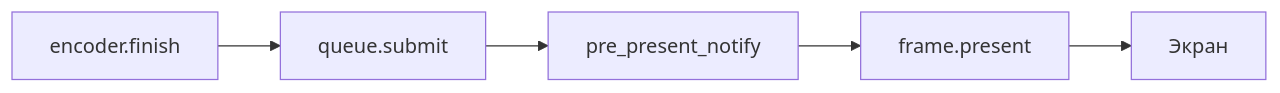
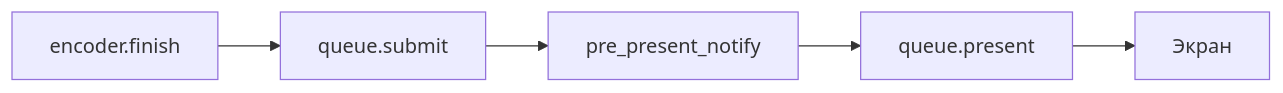
The third of 3 diagrams in docs/guide/getting-started/init-wgpu/index.md (Bromles/wgpu-tutorial), drawn with Mermaid before and after one commit. The commit also changed other lines of this file and 32 other files, not shown here.

````diff
--- a/docs/guide/getting-started/init-wgpu/index.md
+++ b/docs/guide/getting-started/init-wgpu/index.md
@@ -463,7 +470,7 @@
 ```mermaid
 flowchart LR
     A[encoder.finish] --> B[queue.submit]
     B --> C[pre_present_notify]
-    C --> D[frame.present]
+    C --> D[queue.present]
     D --> E[Экран]
 ```
````
